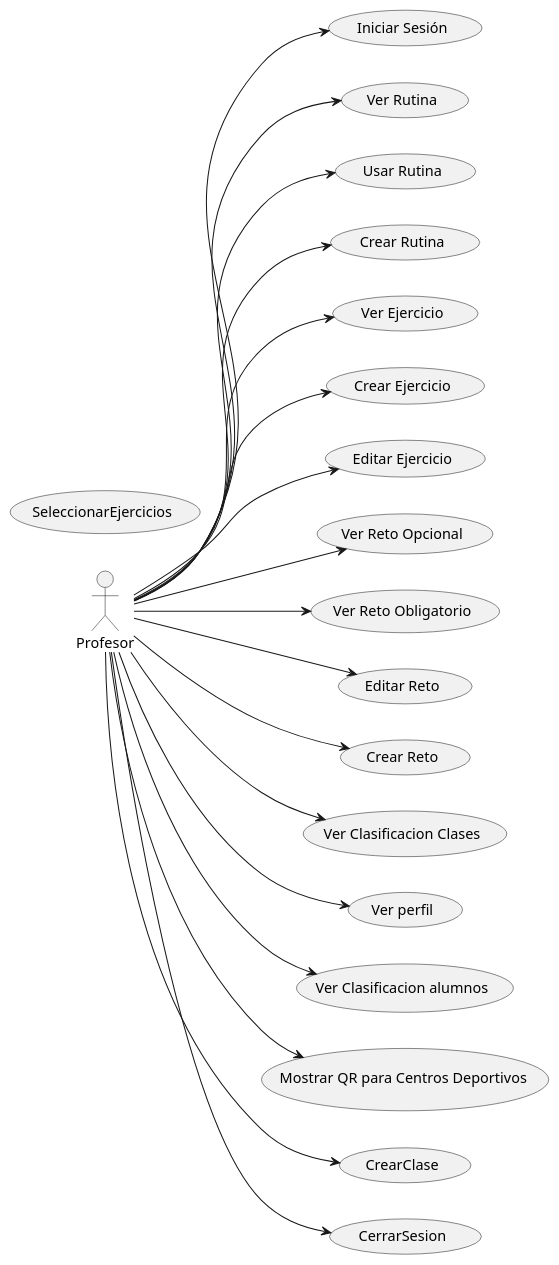
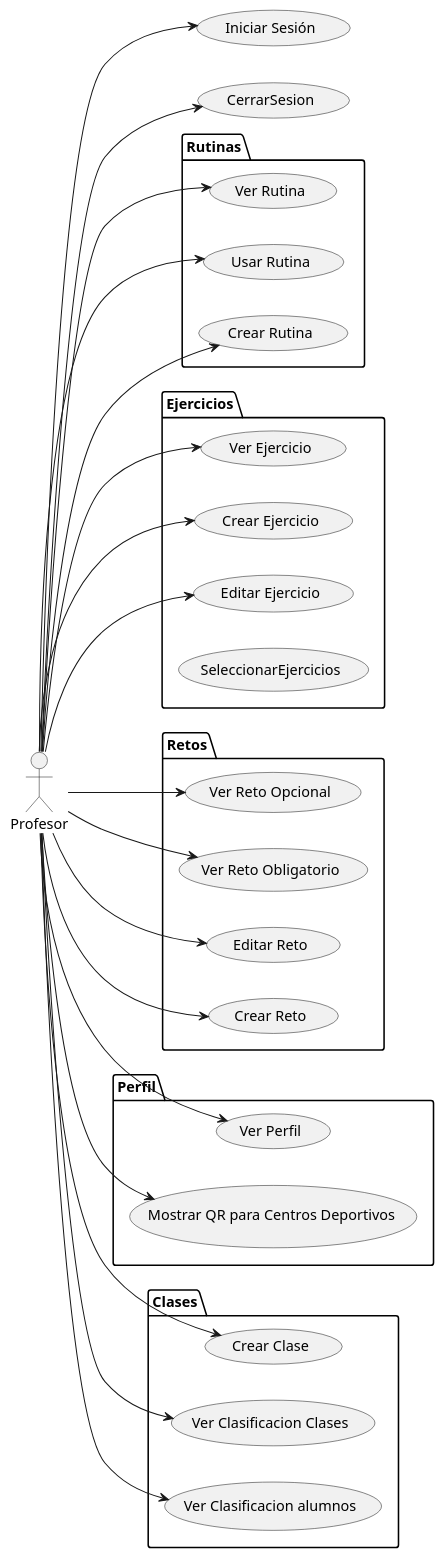
Before and after one commit to mmasias/24-25-IdSw1-SDR: the diagram in Documentos/CasosUso/CdU_Profesor.puml, drawn with PlantUML.

Commit message:
Casos de Uso Profesor

```diff
--- a/Documentos/CasosUso/CdU_Profesor.puml
+++ b/Documentos/CasosUso/CdU_Profesor.puml
@@ -1,39 +1,54 @@
 left to right direction
 actor Profesor
 
+package Rutinas{
+    usecase "Ver Rutina" as VerRutina
+    usecase "Usar Rutina" as UsarRutinas
+    usecase "Crear Rutina" as CrearRutinaPersonalizada
+}
+
+package Ejercicios{
+    usecase "Ver Ejercicio" as VerEjercicio
+    usecase "Crear Ejercicio" as CrearEjercicio
+    usecase "Editar Ejercicio" as EditarEjercicio
+    usecase "SeleccionarEjercicios" as SeleccionarEjercicios
+}
+
+package Retos{
+    usecase "Ver Reto Opcional" as RetoOpcional
+    usecase "Ver Reto Obligatorio" as RetoObligatorio
+    usecase "Editar Reto" as EditarReto
+    usecase "Crear Reto" as CrearReto
+}
+
+package Perfil {
+    usecase "Ver Perfil" as VerPerfil
+    usecase "Mostrar QR para Centros Deportivos " as MostrarQR
+}
+
+package Clases{
+    usecase "Crear Clase" as CrearClase
+    usecase "Ver Clasificacion Clases" as VerClasificacionClases
+    usecase "Ver Clasificacion alumnos" as VerClasificacionAlumnos
+}
+
 usecase "Iniciar Sesión" as IniciarSesion
-usecase "Ver Rutina" as VerRutina
-usecase "Usar Rutina" as UsarRutinas
-usecase "Crear Rutina" as CrearRutinaPersonalizada
-usecase "Ver Ejercicio" as VerEjercicio
-usecase "Crear Ejercicio" as CrearEjercicio
-usecase "Editar Ejercicio" as EditarEjercicio
-usecase "Ver Reto Opcional" as RetoOpcional
-usecase "Ver Reto Obligatorio" as RetoObligatorio
-usecase "Editar Reto" as EditarReto
-usecase "Crear Reto" as CrearReto
-usecase "Ver Clasificacion Clases" as VerClasificacionClases
-usecase "Ver perfil" as VerPerfil
-usecase "Ver Clasificacion alumnos" as VerClasificacionAlumnos
-usecase "Mostrar QR para Centros Deportivos " as MostrarQR
-usecase "CrearClase" as CrearClase
 usecase "CerrarSesion" as CerrarSesion
-usecase "SeleccionarEjercicios" as SeleccionarEjercicios
 
 Profesor --> IniciarSesion
 Profesor --> UsarRutinas
 Profesor --> CrearRutinaPersonalizada
 Profesor --> VerEjercicio
 Profesor --> RetoOpcional
 Profesor --> RetoObligatorio
 Profesor --> CrearReto
 Profesor --> CrearEjercicio
 Profesor --> VerClasificacionAlumnos
 Profesor --> EditarReto
 Profesor --> VerClasificacionClases
 Profesor --> VerPerfil
 Profesor --> MostrarQR
 Profesor --> CrearClase
-Profesor --> CerrarSesion 
+Profesor --> CerrarSesion
 Profesor --> VerRutina
 Profesor --> EditarEjercicio
```
